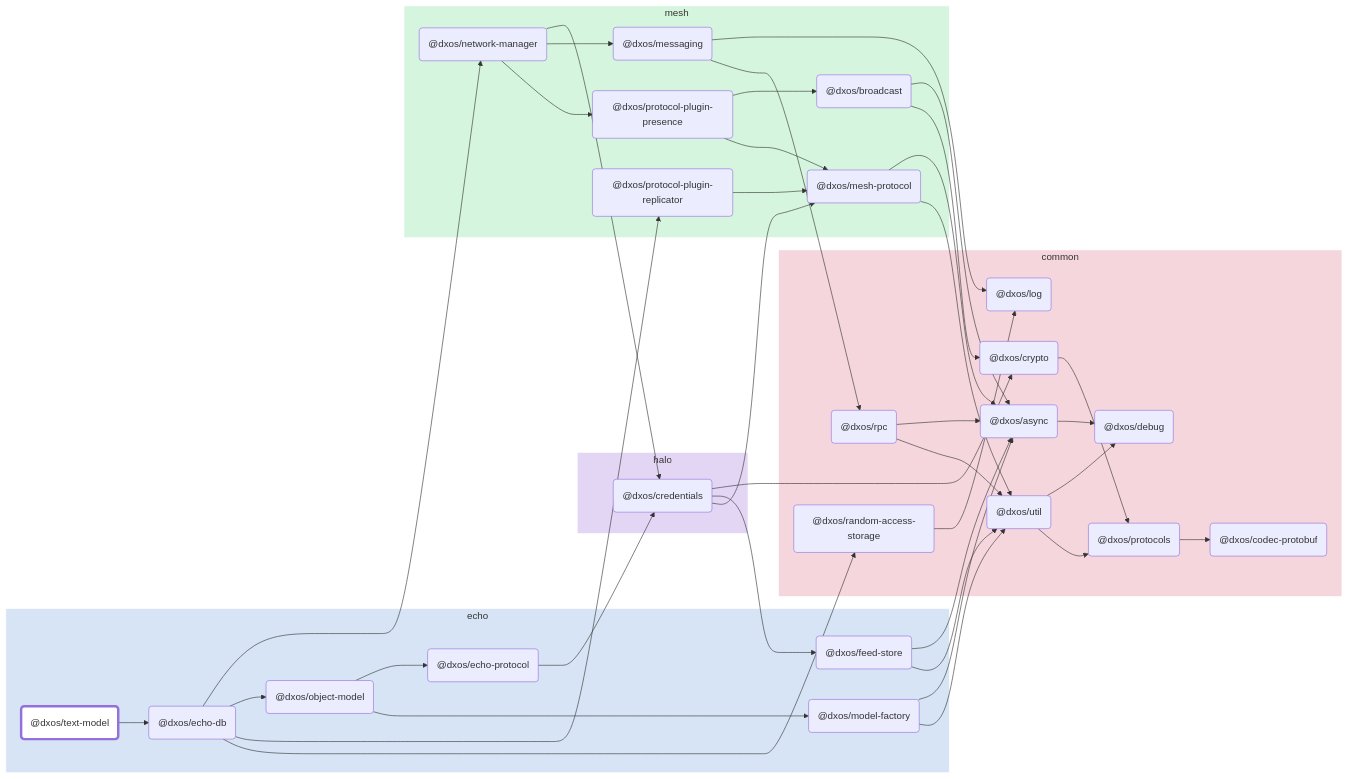
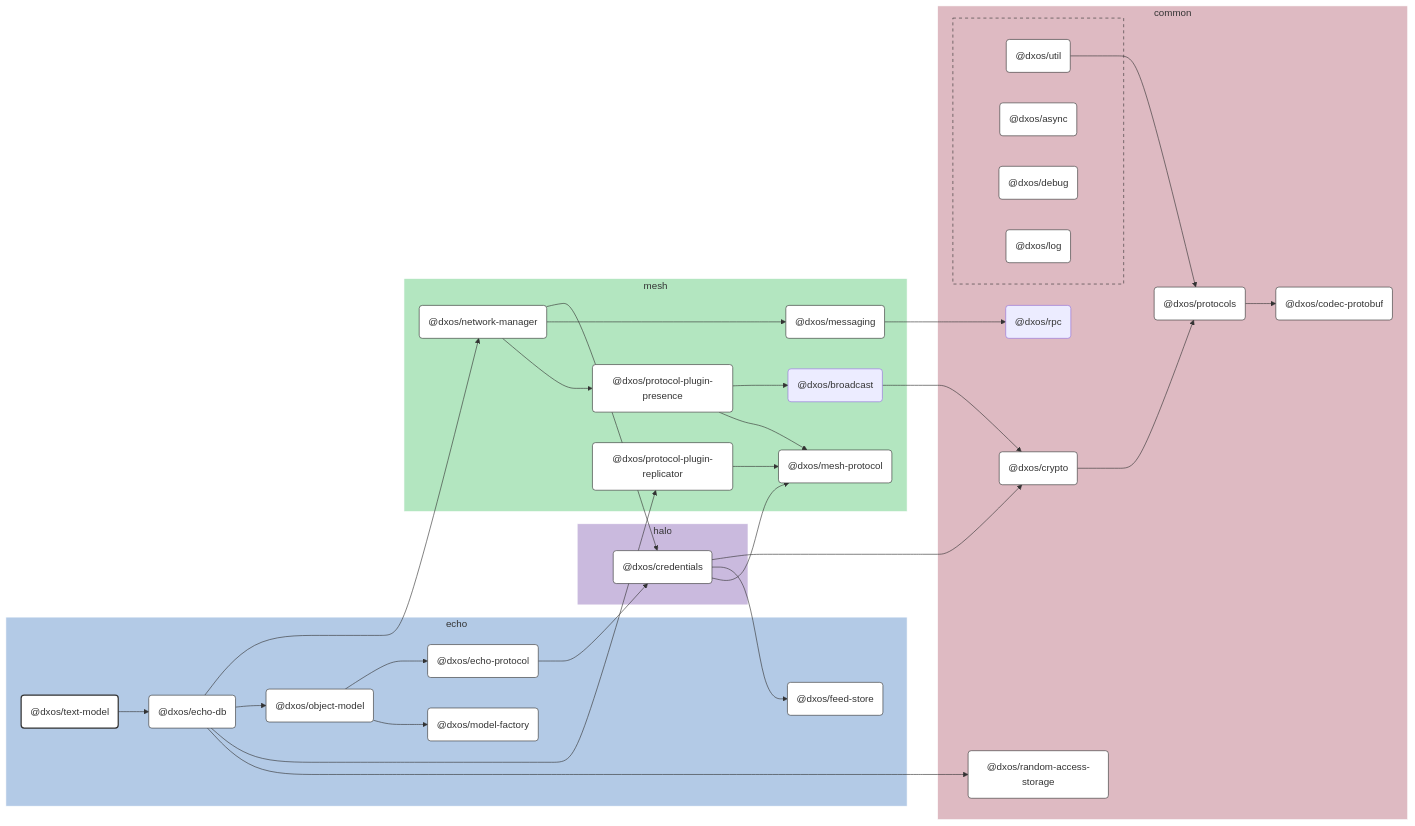
One commit to dxos/dxos changed the diagram in packages/echo/text-model/docs/README.md. Above: the diagram before and after it, drawn with Mermaid. The commit also changed 100 other files, not shown here.

````diff
--- a/packages/echo/text-model/docs/README.md
+++ b/packages/echo/text-model/docs/README.md
@@ -7,99 +7,126 @@
 ```mermaid
-flowchart LR;
+%%{ init: {'flowchart':{'curve':'basis'}} }%%
 
-style dxos/text-model fill:#fff,stroke-width:4px;
+flowchart LR
 
-click dxos/codec-protobuf "https:/github.com/dxos/dxos/tree/main/packages/common/codec-protobuf/docs";
-click dxos/echo-db "https:/github.com/dxos/dxos/tree/main/packages/echo/echo-db/docs";
-click dxos/log "https:/github.com/dxos/dxos/tree/main/packages/common/log/docs";
-click dxos/async "https:/github.com/dxos/dxos/tree/main/packages/common/async/docs";
-click dxos/credentials "https:/github.com/dxos/dxos/tree/main/packages/halo/credentials/docs";
-click dxos/crypto "https:/github.com/dxos/dxos/tree/main/packages/common/crypto/docs";
-click dxos/debug "https:/github.com/dxos/dxos/tree/main/packages/common/debug/docs";
-click dxos/echo-protocol "https:/github.com/dxos/dxos/tree/main/packages/echo/echo-protocol/docs";
-click dxos/feed-store "https:/github.com/dxos/dxos/tree/main/packages/echo/feed-store/docs";
-click dxos/mesh-protocol "https:/github.com/dxos/dxos/tree/main/packages/mesh/mesh-protocol/docs";
-click dxos/messaging "https:/github.com/dxos/dxos/tree/main/packages/mesh/messaging/docs";
-click dxos/model-factory "https:/github.com/dxos/dxos/tree/main/packages/echo/model-factory/docs";
-click dxos/network-manager "https:/github.com/dxos/dxos/tree/main/packages/mesh/network-manager/docs";
-click dxos/object-model "https:/github.com/dxos/dxos/tree/main/packages/echo/object-model/docs";
-click dxos/protocol-plugin-presence "https:/github.com/dxos/dxos/tree/main/packages/mesh/protocol-plugin-presence/docs";
-click dxos/protocol-plugin-replicator "https:/github.com/dxos/dxos/tree/main/packages/mesh/protocol-plugin-replicator/docs";
-click dxos/protocols "https:/github.com/dxos/dxos/tree/main/packages/common/protocols/docs";
-click dxos/random-access-storage "https:/github.com/dxos/dxos/tree/main/packages/common/random-access-storage/docs";
-click dxos/util "https:/github.com/dxos/dxos/tree/main/packages/common/util/docs";
+%% Links
+dxos/broadcast --> dxos/crypto;
+dxos/credentials --> dxos/crypto;
+dxos/credentials --> dxos/feed-store;
+dxos/credentials --> dxos/mesh-protocol;
+dxos/crypto --> dxos/protocols;
+dxos/echo-db --> dxos/network-manager;
+dxos/echo-db --> dxos/object-model;
+dxos/echo-db --> dxos/protocol-plugin-replicator;
+dxos/echo-db --> dxos/random-access-storage;
+dxos/echo-protocol --> dxos/credentials;
+dxos/messaging --> dxos/rpc;
+dxos/network-manager --> dxos/credentials;
+dxos/network-manager --> dxos/messaging;
+dxos/network-manager --> dxos/protocol-plugin-presence;
+dxos/object-model --> dxos/echo-protocol;
+dxos/object-model --> dxos/model-factory;
+dxos/protocol-plugin-presence --> dxos/broadcast;
+dxos/protocol-plugin-presence --> dxos/mesh-protocol;
+dxos/protocol-plugin-replicator --> dxos/mesh-protocol;
+dxos/protocols --> dxos/codec-protobuf;
+dxos/text-model --> dxos/echo-db;
+dxos/util --> dxos/protocols;
 
+%% Sections
 subgraph echo
-  style echo fill:#d6e4f5,stroke:#fff;
-  dxos/text-model("@dxos/text-model");
-  dxos/echo-db("@dxos/echo-db");
-  dxos/feed-store("@dxos/feed-store");
-  dxos/echo-protocol("@dxos/echo-protocol");
-  dxos/model-factory("@dxos/model-factory");
-  dxos/object-model("@dxos/object-model");
+  style echo fill:#b3cae6,stroke:#fff;
+
+  dxos/echo-db("@dxos/echo-db")
+  dxos/echo-protocol("@dxos/echo-protocol")
+  dxos/feed-store("@dxos/feed-store")
+  dxos/model-factory("@dxos/model-factory")
+  dxos/object-model("@dxos/object-model")
+  dxos/text-model("@dxos/text-model")
 end
 
 subgraph common
-  style common fill:#f5d6dd,stroke:#fff;
-  dxos/codec-protobuf("@dxos/codec-protobuf");
-  dxos/log("@dxos/log");
-  dxos/async("@dxos/async");
-  dxos/debug("@dxos/debug");
-  dxos/crypto("@dxos/crypto");
-  dxos/protocols("@dxos/protocols");
-  dxos/util("@dxos/util");
-  dxos/rpc("@dxos/rpc");
-  dxos/random-access-storage("@dxos/random-access-storage");
+  style common fill:#debac2,stroke:#fff;
+
+  dxos/codec-protobuf("@dxos/codec-protobuf")
+  dxos/crypto("@dxos/crypto")
+  dxos/protocols("@dxos/protocols")
+  dxos/random-access-storage("@dxos/random-access-storage")
+  dxos/rpc("@dxos/rpc")
+
+  subgraph common-excluded [ ]
+    style common-excluded fill:#debac2,stroke:#333,stroke-dasharray:5 5;
+
+    dxos/async("@dxos/async")
+    dxos/debug("@dxos/debug")
+    dxos/log("@dxos/log")
+    dxos/util("@dxos/util")
+  end
 end
 
 subgraph halo
-  style halo fill:#e3d6f5,stroke:#fff;
-  dxos/credentials("@dxos/credentials");
+  style halo fill:#cabade,stroke:#fff;
+
+  dxos/credentials("@dxos/credentials")
 end
 
 subgraph mesh
-  style mesh fill:#d6f5de,stroke:#fff;
-  dxos/mesh-protocol("@dxos/mesh-protocol");
-  dxos/messaging("@dxos/messaging");
-  dxos/network-manager("@dxos/network-manager");
-  dxos/protocol-plugin-presence("@dxos/protocol-plugin-presence");
-  dxos/broadcast("@dxos/broadcast");
-  dxos/protocol-plugin-replicator("@dxos/protocol-plugin-replicator");
+  style mesh fill:#b3e6c0,stroke:#fff;
+
+  dxos/broadcast("@dxos/broadcast")
+  dxos/mesh-protocol("@dxos/mesh-protocol")
+  dxos/messaging("@dxos/messaging")
+  dxos/network-manager("@dxos/network-manager")
+  dxos/protocol-plugin-presence("@dxos/protocol-plugin-presence")
+  dxos/protocol-plugin-replicator("@dxos/protocol-plugin-replicator")
 end
 
-dxos/text-model --> dxos/echo-db;
-dxos/async --> dxos/debug;
-dxos/credentials --> dxos/crypto;
-dxos/crypto --> dxos/protocols;
-dxos/protocols --> dxos/codec-protobuf;
-dxos/credentials --> dxos/feed-store;
-dxos/feed-store --> dxos/async;
-dxos/feed-store --> dxos/util;
-dxos/util --> dxos/debug;
-dxos/util --> dxos/protocols;
-dxos/credentials --> dxos/mesh-protocol;
-dxos/mesh-protocol --> dxos/async;
-dxos/mesh-protocol --> dxos/util;
-dxos/echo-protocol --> dxos/credentials;
-dxos/messaging --> dxos/log;
-dxos/messaging --> dxos/rpc;
-dxos/rpc --> dxos/async;
-dxos/rpc --> dxos/util;
-dxos/model-factory --> dxos/async;
-dxos/model-factory --> dxos/util;
-dxos/echo-db --> dxos/network-manager;
-dxos/network-manager --> dxos/credentials;
-dxos/network-manager --> dxos/messaging;
-dxos/network-manager --> dxos/protocol-plugin-presence;
-dxos/protocol-plugin-presence --> dxos/broadcast;
-dxos/broadcast --> dxos/async;
-dxos/broadcast --> dxos/crypto;
-dxos/protocol-plugin-presence --> dxos/mesh-protocol;
-dxos/echo-db --> dxos/object-model;
-dxos/object-model --> dxos/echo-protocol;
-dxos/object-model --> dxos/model-factory;
-dxos/echo-db --> dxos/protocol-plugin-replicator;
-dxos/protocol-plugin-replicator --> dxos/mesh-protocol;
-dxos/echo-db --> dxos/random-access-storage;
-dxos/random-access-storage --> dxos/log;
+
+%% Hyperlinks
+click dxos/async href "https:/github.com/dxos/dxos/tree/main/packages/common/async/docs";
+click dxos/codec-protobuf href "https:/github.com/dxos/dxos/tree/main/packages/common/codec-protobuf/docs";
+click dxos/credentials href "https:/github.com/dxos/dxos/tree/main/packages/halo/credentials/docs";
+click dxos/crypto href "https:/github.com/dxos/dxos/tree/main/packages/common/crypto/docs";
+click dxos/debug href "https:/github.com/dxos/dxos/tree/main/packages/common/debug/docs";
+click dxos/echo-db href "https:/github.com/dxos/dxos/tree/main/packages/echo/echo-db/docs";
+click dxos/echo-protocol href "https:/github.com/dxos/dxos/tree/main/packages/echo/echo-protocol/docs";
+click dxos/feed-store href "https:/github.com/dxos/dxos/tree/main/packages/echo/feed-store/docs";
+click dxos/log href "https:/github.com/dxos/dxos/tree/main/packages/common/log/docs";
+click dxos/mesh-protocol href "https:/github.com/dxos/dxos/tree/main/packages/mesh/mesh-protocol/docs";
+click dxos/messaging href "https:/github.com/dxos/dxos/tree/main/packages/mesh/messaging/docs";
+click dxos/model-factory href "https:/github.com/dxos/dxos/tree/main/packages/echo/model-factory/docs";
+click dxos/network-manager href "https:/github.com/dxos/dxos/tree/main/packages/mesh/network-manager/docs";
+click dxos/object-model href "https:/github.com/dxos/dxos/tree/main/packages/echo/object-model/docs";
+click dxos/protocol-plugin-presence href "https:/github.com/dxos/dxos/tree/main/packages/mesh/protocol-plugin-presence/docs";
+click dxos/protocol-plugin-replicator href "https:/github.com/dxos/dxos/tree/main/packages/mesh/protocol-plugin-replicator/docs";
+click dxos/protocols href "https:/github.com/dxos/dxos/tree/main/packages/common/protocols/docs";
+click dxos/random-access-storage href "https:/github.com/dxos/dxos/tree/main/packages/common/random-access-storage/docs";
+click dxos/util href "https:/github.com/dxos/dxos/tree/main/packages/common/util/docs";
+
+%% Styles
+classDef rootNode fill:#fff,stroke:#333,stroke-width:2px
+classDef defaultNode fill:#fff,stroke:#333,stroke-width:1px
+linkStyle default stroke:#333,stroke-width:1px
+
+dxos/text-model:::rootNode
+
+dxos/async:::defaultNode
+dxos/codec-protobuf:::defaultNode
+dxos/credentials:::defaultNode
+dxos/crypto:::defaultNode
+dxos/debug:::defaultNode
+dxos/echo-db:::defaultNode
+dxos/echo-protocol:::defaultNode
+dxos/feed-store:::defaultNode
+dxos/log:::defaultNode
+dxos/mesh-protocol:::defaultNode
+dxos/messaging:::defaultNode
+dxos/model-factory:::defaultNode
+dxos/network-manager:::defaultNode
+dxos/object-model:::defaultNode
+dxos/protocol-plugin-presence:::defaultNode
+dxos/protocol-plugin-replicator:::defaultNode
+dxos/protocols:::defaultNode
+dxos/random-access-storage:::defaultNode
+dxos/util:::defaultNode
 ```
````
